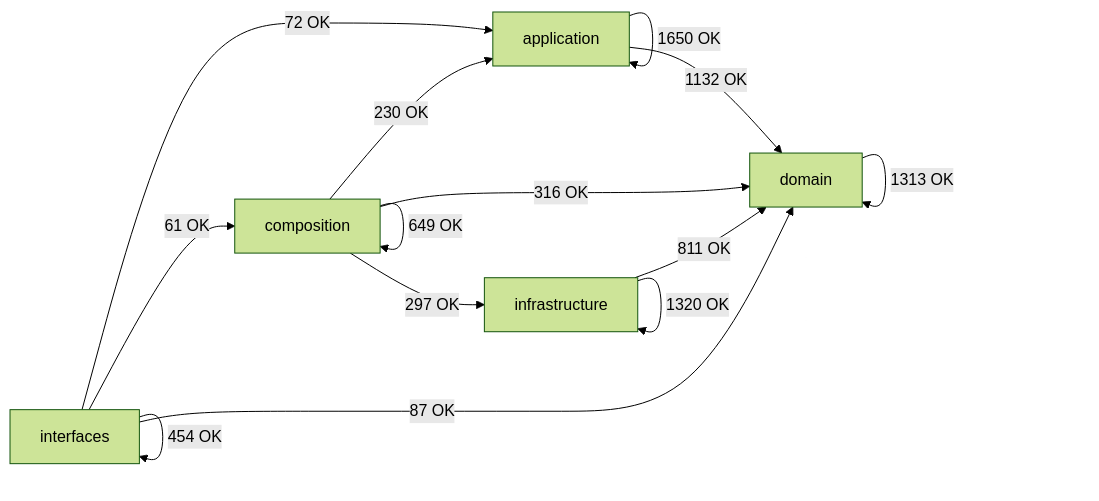
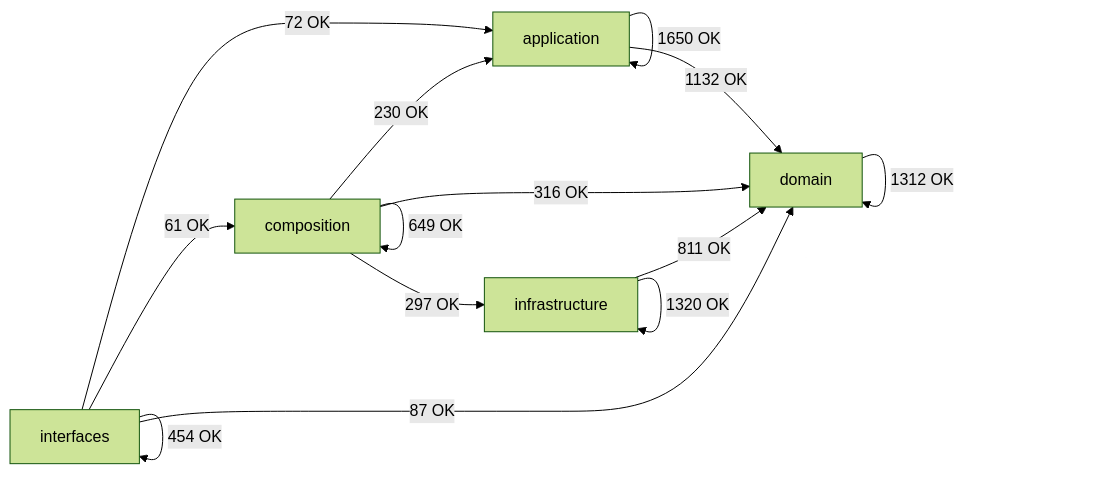
One commit to SatoryKono/BioactivityDataAcquisition changed the diagram in docs/02-architecture/generated/module-dependency-map.md. Above: the diagram before and after it, drawn with Mermaid (forest theme). The commit also changed other lines of this file and 11 other files, not shown here.

````diff
--- a/docs/02-architecture/generated/module-dependency-map.md
+++ b/docs/02-architecture/generated/module-dependency-map.md
@@ -17,21 +17,21 @@
 ```mermaid
 flowchart LR
     domain[domain]
     application[application]
     infrastructure[infrastructure]
     composition[composition]
     interfaces[interfaces]
     application -->|1650 OK| application
     application -->|1132 OK| domain
     composition -->|230 OK| application
     composition -->|649 OK| composition
     composition -->|316 OK| domain
     composition -->|297 OK| infrastructure
-    domain -->|1313 OK| domain
+    domain -->|1312 OK| domain
     infrastructure -->|811 OK| domain
     infrastructure -->|1320 OK| infrastructure
     interfaces -->|72 OK| application
     interfaces -->|61 OK| composition
     interfaces -->|87 OK| domain
     interfaces -->|454 OK| interfaces
 ```
````
